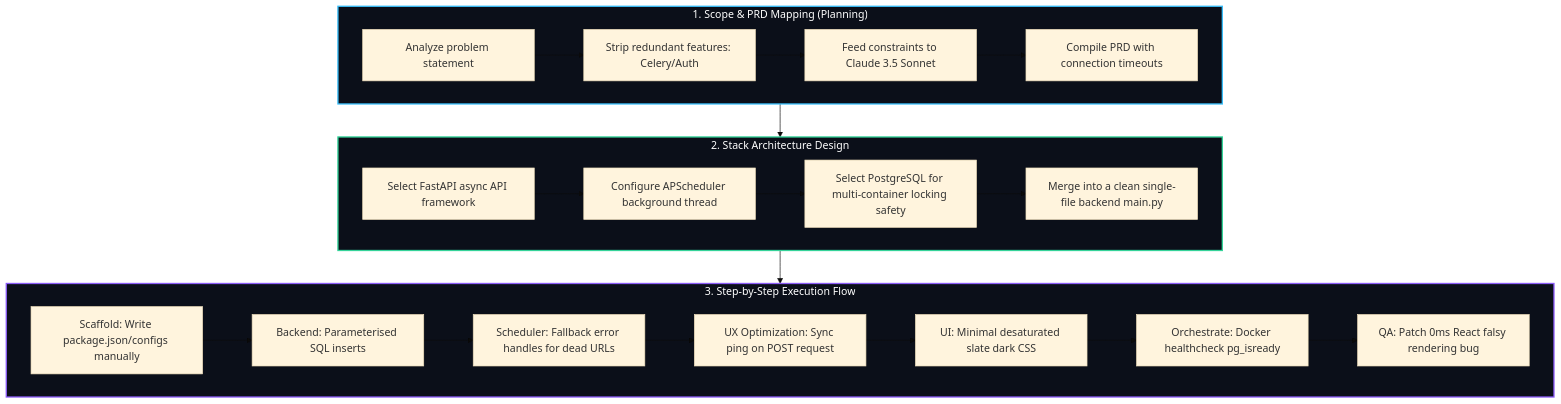
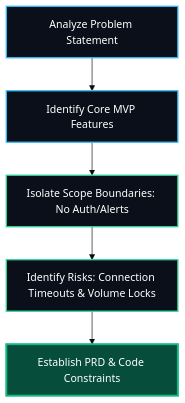
The first of 4 diagrams in README.md (Nishchalpr4/UpTime-Moniter), drawn with Mermaid (base theme) before and after one commit. The commit also changed other lines of this file, not shown here.

Commit message:
docs: reorder sections and isolate Phase 0 PRD in thought process

````diff
--- a/README.md
+++ b/README.md
@@ -93,32 +42,13 @@
 ```mermaid
 graph TD
-    %% Planning Step
-    subgraph Plan ["1. Scope & PRD Mapping (Planning)"]
-        A[Analyze problem statement] --> B[Strip redundant features: Celery/Auth]
-        B --> C[Feed constraints to Claude 3.5 Sonnet]
-        C --> D[Compile PRD with connection timeouts]
-    end
+    A[Analyze Problem Statement] --> B[Identify Core MVP Features]
+    B --> C[Isolate Scope Boundaries: No Auth/Alerts]
+    C --> D[Identify Risks: Connection Timeouts & Volume Locks]
+    D --> E[Establish PRD & Code Constraints]
 
-    %% Architecture Step
-    subgraph Arch ["2. Stack Architecture Design"]
-        E[Select FastAPI async API framework] --> F[Configure APScheduler background thread]
-        F --> G[Select PostgreSQL for multi-container locking safety]
-        G --> H[Merge into a clean single-file backend main.py]
-    end
-
-    %% Execution Step
-    subgraph Exec ["3. Step-by-Step Execution Flow"]
-        I[Scaffold: Write package.json/configs manually] --> J[Backend: Parameterised SQL inserts]
-        J --> K[Scheduler: Fallback error handles for dead URLs]
-        K --> L[UX Optimization: Sync ping on POST request]
-        L --> M[UI: Minimal desaturated slate dark CSS]
-        M --> N[Orchestrate: Docker healthcheck pg_isready]
-        N --> O[QA: Patch 0ms React falsy rendering bug]
-    end
-
-    Plan --> Arch --> Exec
-
-    style Plan fill:#0b0f19,stroke:#38bdf8,stroke-width:2px,color:#fff
-    style Arch fill:#0b0f19,stroke:#34d399,stroke-width:2px,color:#fff
-    style Exec fill:#0b0f19,stroke:#8b5cf6,stroke-width:2px,color:#fff
+    style A fill:#0b0f19,stroke:#38bdf8,stroke-width:2px,color:#fff
+    style B fill:#0b0f19,stroke:#38bdf8,stroke-width:2px,color:#fff
+    style C fill:#0b0f19,stroke:#34d399,stroke-width:2px,color:#fff
+    style D fill:#0b0f19,stroke:#34d399,stroke-width:2px,color:#fff
+    style E fill:#064e3b,stroke:#10b981,stroke-width:3px,color:#fff
 ```
````
